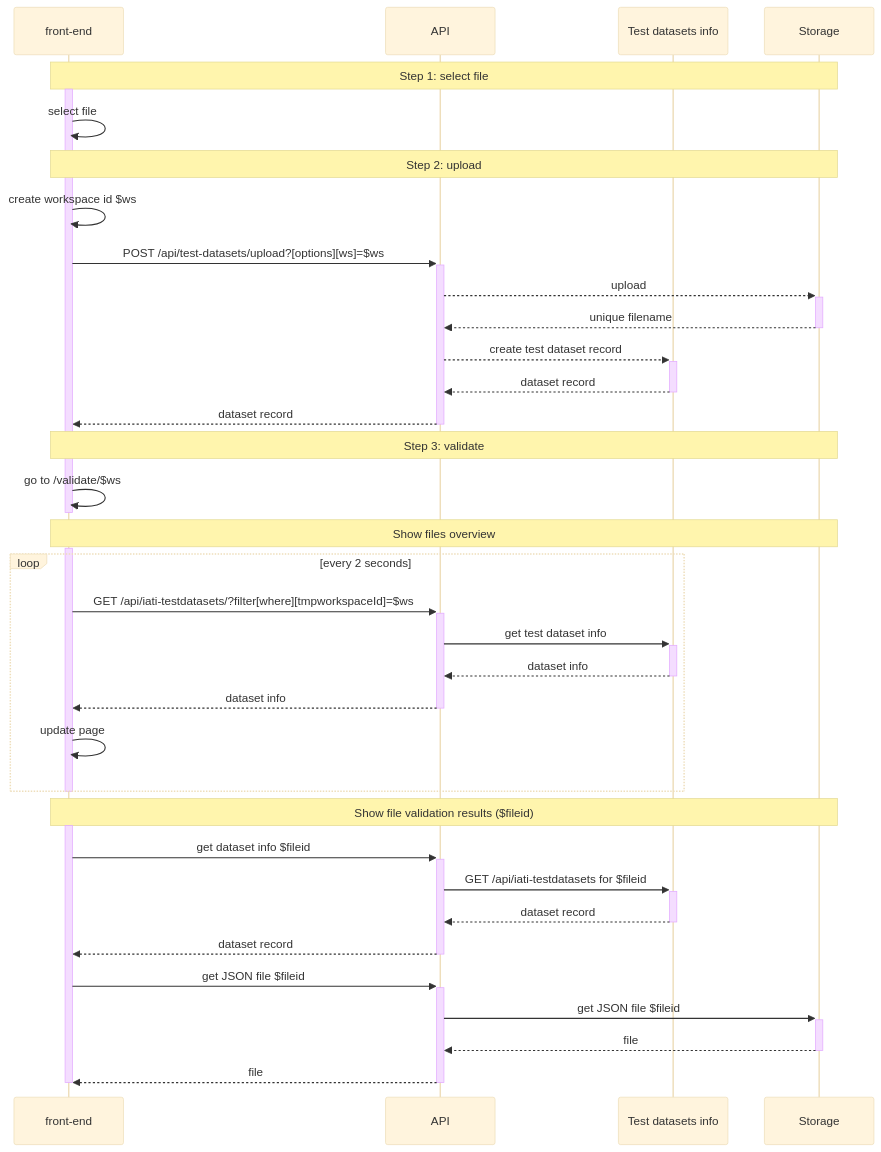
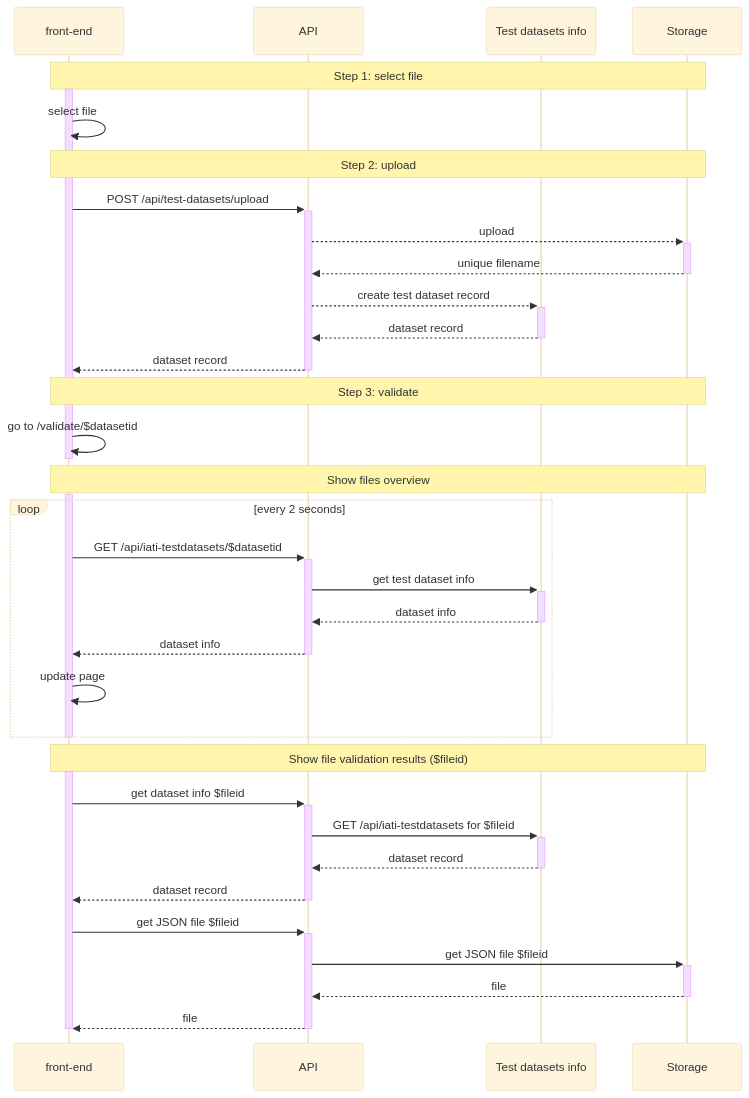
The first of 2 diagrams in docs/validate-file.md (IATI/IATI-Validator-Web), drawn with Mermaid (base theme) before and after one commit.

Commit message:
Update sequence diagram for file upload
No longer uses [options][ws]

````diff
--- a/docs/validate-file.md
+++ b/docs/validate-file.md
@@ -9,52 +9,51 @@
 ```mermaid
 sequenceDiagram
 	participant FE as front-end
 	participant API
 	participant DS as Test datasets info
 	participant Storage
 	
 	note over FE, Storage: Step 1: select file
 	activate FE
 	FE ->> FE: select file
 	
 	note over FE, Storage: Step 2: upload
-	FE ->> FE: create workspace id $ws
-	FE ->>+ API: POST /api/test-datasets/upload?[options][ws]=$ws
+	FE ->>+ API: POST /api/test-datasets/upload
 	
 	API -->>+ Storage: upload
 	Storage -->>- API: unique filename
 
 	API -->>+ DS: create test dataset record
 	DS -->>- API: dataset record
 	
     API -->>- FE: dataset record
 	
 	note over FE, Storage: Step 3: validate
 	
-	FE ->>- FE: go to /validate/$ws
+	FE ->>- FE: go to /validate/$datasetid
 	
 	note over FE, Storage: Show files overview
 	activate FE
 	loop every 2 seconds
-		FE ->>+ API: GET /api/iati-testdatasets/?filter[where][tmpworkspaceId]=$ws
+		FE ->>+ API: GET /api/iati-testdatasets/$datasetid
 		API ->>+ DS: get test dataset info
 		DS -->>- API: dataset info
 		API -->>- FE: dataset info
 		
 		FE ->> FE: update page
 	end	
 	deactivate FE
 	
 	note over FE, Storage: Show file validation results ($fileid)
 	activate FE
 	FE ->>+ API: get dataset info $fileid
 	API ->>+ DS: GET /api/iati-testdatasets for $fileid
 	DS -->>- API: dataset record
 	API -->>- FE: dataset record
 	
 	FE ->>+ API: get JSON file $fileid
 	API ->>+ Storage: get JSON file $fileid
 	Storage -->>- API: file
 	API -->>- FE: file
 	deactivate FE
 ```
````
